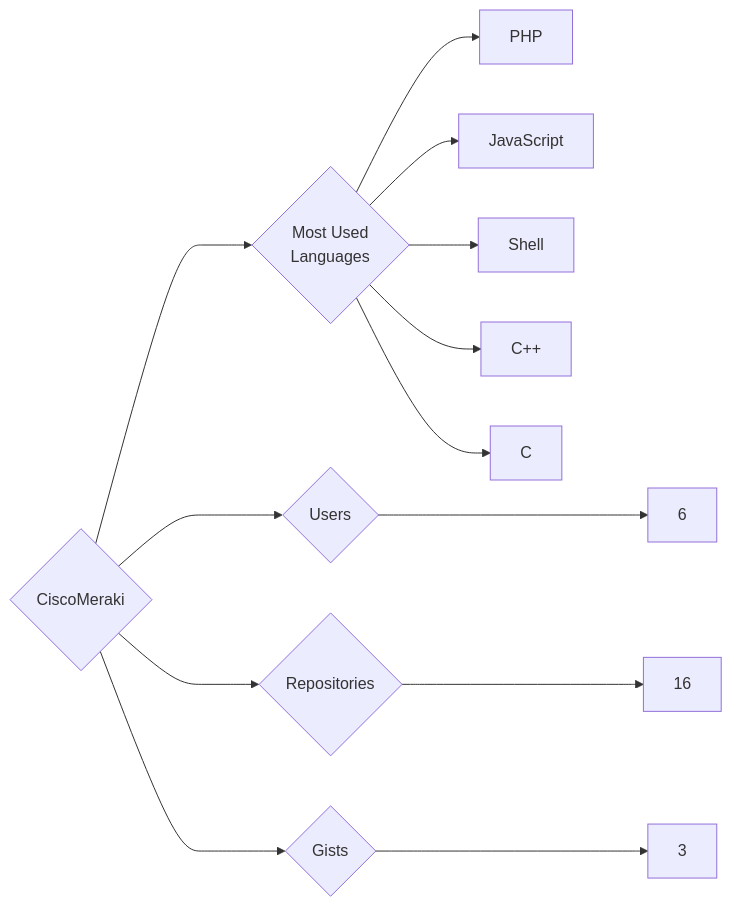
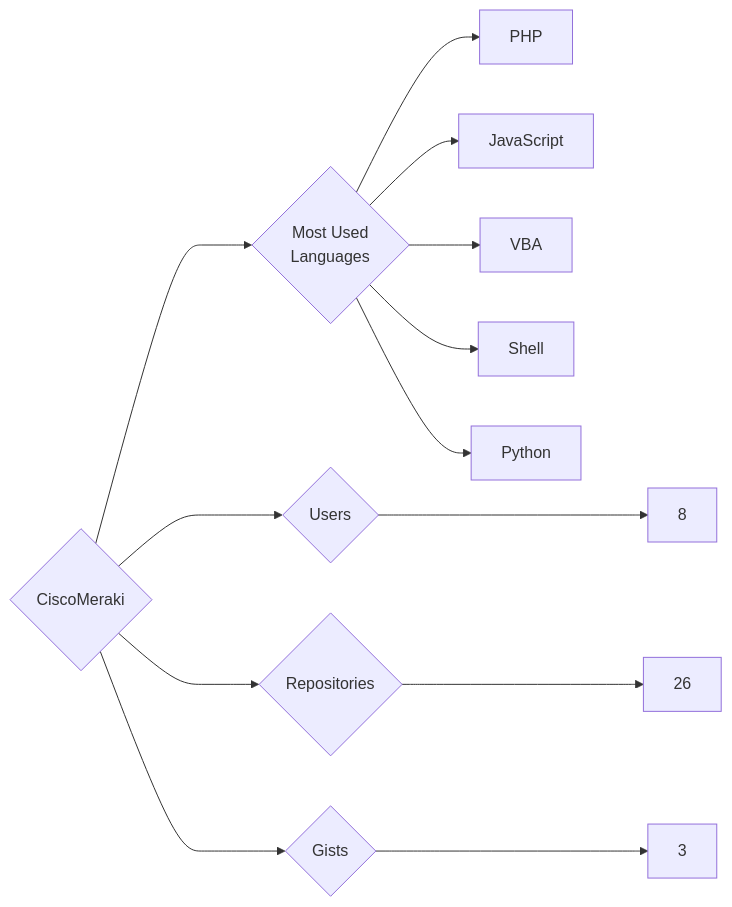
Before and after one commit to trickest/insiders: the diagram in targets/CiscoMeraki/README.md, drawn with Mermaid. The commit also changed 1055 other files, not shown here.

````diff
--- a/targets/CiscoMeraki/README.md
+++ b/targets/CiscoMeraki/README.md
@@ -3,13 +3,13 @@
 ```mermaid
 graph LR
 COMPANY_NAME{CiscoMeraki}
-COMPANY_NAME ---> U{Users} ---> UN[6]
-COMPANY_NAME ---> R{Repositories} ---> RN[16]
+COMPANY_NAME ---> U{Users} ---> UN[8]
+COMPANY_NAME ---> R{Repositories} ---> RN[26]
 COMPANY_NAME ---> G{Gists} ---> GN[3]
 COMPANY_NAME ---> ML{Most Used<br>Languages}
 ML --> PHP[PHP]
 ML --> JavaScript[JavaScript]
+ML --> VBA[VBA]
 ML --> Shell[Shell]
-ML --> C++[C++]
-ML --> C[C]
+ML --> Python[Python]
 ```
````
